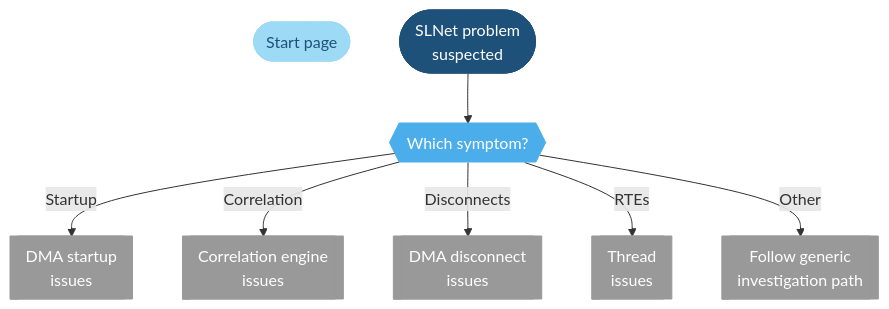
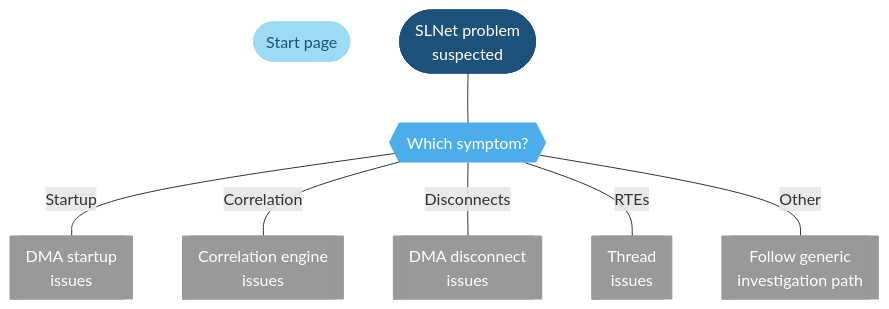
The diagram in user-guide/Troubleshooting/Troubleshooting_Flowcharts/Troubleshooting_Process_Identification/Communication_processes/Troubleshooting_SLNet_exe.md (SkylineCommunications/dataminer-docs), drawn with Mermaid before and after one commit. The commit also changed 17 other files, not shown here.

```diff
--- a/user-guide/Troubleshooting/Troubleshooting_Flowcharts/Troubleshooting_Process_Identification/Communication_processes/Troubleshooting_SLNet_exe.md
+++ b/user-guide/Troubleshooting/Troubleshooting_Flowcharts/Troubleshooting_Process_Identification/Communication_processes/Troubleshooting_SLNet_exe.md
@@ -25,62 +25,62 @@
 <div class="mermaid">
 graph TD
 %% -------------------------------------------------------------------------
 %% SLNet flowchart - main page
 %% -------------------------------------------------------------------------
 %% -------------------------------------------------------------------------
 %% Define styles
 %% -------------------------------------------------------------------------
 classDef classTerminal fill:#1e5179,stroke:#1e5179,color:#ffffff,stroke-width:1px;
 classDef classDecision fill:#4baeea,stroke:#4baeea,color:#ffffff,stroke-width:1px;
 classDef classExternalRef fill:#9ddaf5,stroke:#9ddaf5,color:#1E5179,stroke-width:1px;
 classDef classActionClickable fill:#999999,stroke:#999999,color:#ffffff,stroke-width:1px;
 classDef classSolution fill:#58595b,stroke:#58595b,color:#ffffff,stroke-width:1px;
 classDef classAction fill:#dddddd,stroke:#dddddd,color:#1E5179,stroke-width:1px;
 %% -------------------------------------------------------------------------
 %% flowchart structure
 %% -------------------------------------------------------------------------
   HOME([Start page])
   START([SLNet problem <br />suspected])
   MODULES{{Which symptom?}}
     CORR[[Correlation engine<br/>issues]]
     STARTUP[[DMA startup<br/>issues]]
     DISC[[DMA disconnect<br/>issues]]
 %% FAILOVER case to be defined later (uncomment next line):
 %% FAILOVER[[Failover<br/>issues]]
     THREAD[[Thread<br/>issues]]
     OTHER[[Follow generic<br/>investigation path]]
-     START --> MODULES
-	 MODULES --> |Startup| STARTUP
-	 MODULES --> |Correlation| CORR
+     START --- MODULES
+	 MODULES --- |Startup| STARTUP
+	 MODULES --- |Correlation| CORR
 %% FAILOVER case to be defined later (uncomment next line):
-%% MODULES --> |Failover|FAILOVER
-   MODULES --> |Disconnects| DISC
-	 MODULES --> |RTEs| THREAD
-   MODULES --> |Other| OTHER
+%% MODULES --- |Failover|FAILOVER
+   MODULES --- |Disconnects| DISC
+	 MODULES --- |RTEs| THREAD
+   MODULES --- |Other| OTHER
 %% -------------------------------------------------------------------------	
 %% all blocks terminating at a common End?
 %% -------------------------------------------------------------------------
 %%    ENDING([End])
-%%	  OTHER --> ENDING
-%%    STARTUP --> ENDING
-%%    DISC --> ENDING
-%%    FAILOVER --> ENDING
-%%    CORR --> ENDING
-%% 	  THREAD --> ENDING
+%%	  OTHER --- ENDING
+%%    STARTUP --- ENDING
+%%    DISC --- ENDING
+%%    FAILOVER --- ENDING
+%%    CORR --- ENDING
+%% 	  THREAD --- ENDING
 %% -------------------------------------------------------------------------
 %% Define hyperlinks %%
 %% -------------------------------------------------------------------------
 click HOME "https://docs.dataminer.services/user-guide/Troubleshooting/Troubleshooting_Flowcharts/Finding_a_Root_Cause.html"
 click STARTUP "https://docs.dataminer.services/user-guide/Troubleshooting/Troubleshooting_Flowcharts/Troubleshooting_Process_Identification/Communication_processes/SLNet/Troubleshooting_SLNet_Startup.html"
 click CORR "https://docs.dataminer.services/user-guide/Troubleshooting/Troubleshooting_Flowcharts/Troubleshooting_Process_Identification/Communication_processes/SLNet/Troubleshooting_SLNet_Correlation_Engine.html"
 click DISC "https://docs.dataminer.services/user-guide/Troubleshooting/Troubleshooting_Flowcharts/Troubleshooting_Process_Identification/Communication_processes/SLNet/Troubleshooting_SLNet_Disconnects.html" "Go to disconnect cases"
 click THREAD "https://docs.dataminer.services/user-guide/Troubleshooting/Troubleshooting_Flowcharts/Troubleshooting_Process_Identification/Communication_processes/SLNet/Troubleshooting_SLNet_RTEs.html"
 click OTHER "https://docs.dataminer.services/user-guide/Troubleshooting/Troubleshooting_Flowcharts/Finding_a_Root_Cause.html"
 %% -------------------------------------------------------------------------
 %% Apply styles to blocks
 %% -------------------------------------------------------------------------
 class OTHER,CORR,THREAD,FAILOVER,DISC,STARTUP classActionClickable;
 class MODULES classDecision;
 class START classTerminal;
 class HOME classExternalRef;
 </div>
```
